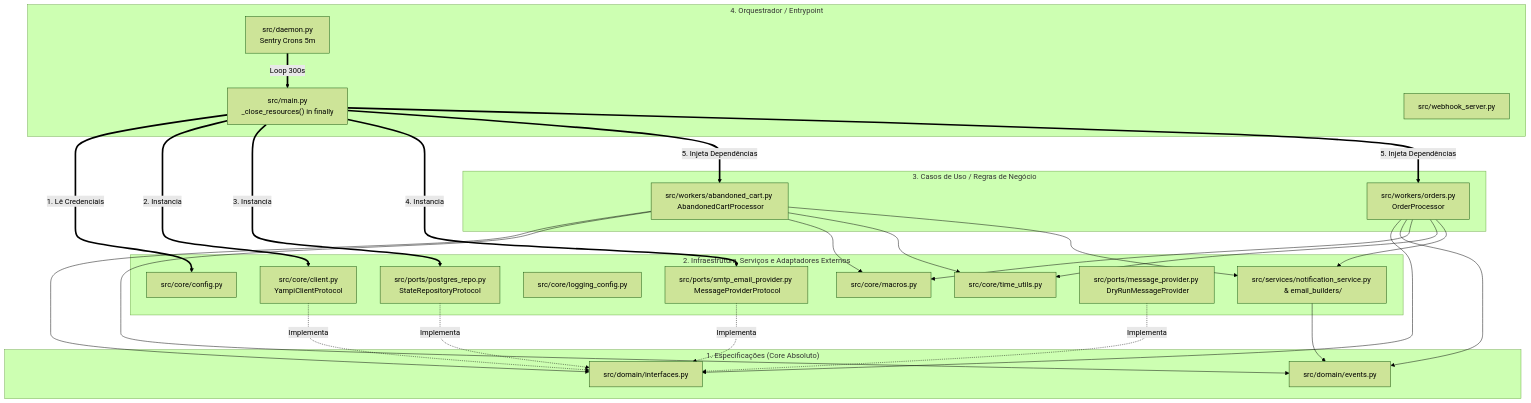
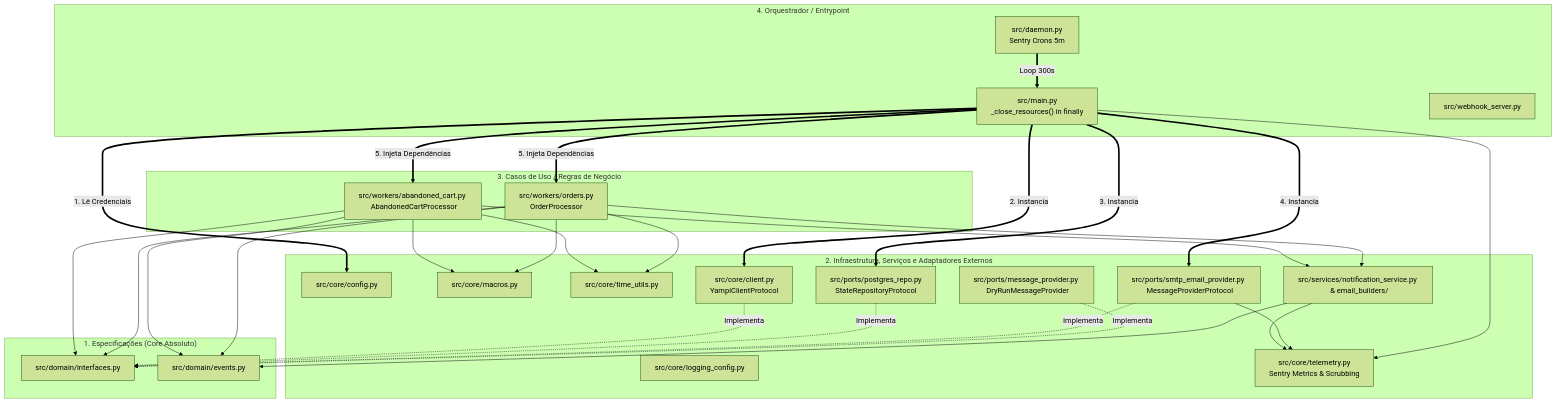
The diagram in docs/project_dependency_tree.md (LucasDuarte026/message_integration_YAMPI), drawn with Mermaid (forest theme) before and after one commit. The commit also changed other lines of this file and 90 other files, not shown here.

First line of the commit message:
feat(email,telemetry): entregabilidade RFC, roteamento dual SMTP e telemetria Sentry v6.7.0

````diff
--- a/docs/project_dependency_tree.md
+++ b/docs/project_dependency_tree.md
@@ -7,61 +7,65 @@
 ```mermaid
 graph TD
     %% Centro do Sistema (Sem Dependências)
     subgraph DOMAIN ["1. Especificações (Core Absoluto)"]
         D_INT["src/domain/interfaces.py"]
         D_EVT["src/domain/events.py"]
     end
 
     subgraph INFRA ["2. Infraestrutura, Serviços e Adaptadores Externos"]
         C_CONF["src/core/config.py"]
         C_MACR["src/core/macros.py"]
         C_TIME["src/core/time_utils.py"]
         C_LOGS["src/core/logging_config.py"]
+        C_TELE["src/core/telemetry.py <br> Sentry Metrics & Scrubbing"]
         C_CLIE["src/core/client.py <br> YampiClientProtocol"]
         P_PG["src/ports/postgres_repo.py <br> StateRepositoryProtocol"]
         P_SMTP["src/ports/smtp_email_provider.py <br> MessageProviderProtocol"]
         P_DRY["src/ports/message_provider.py <br> DryRunMessageProvider"]
         S_NOTIF["src/services/notification_service.py <br> & email_builders/"]
     end
 
     %% Regras de Negócio (Dependem do Domain, Time e Macros)
     subgraph WORKERS ["3. Casos de Uso / Regras de Negócio"]
         W_CART["src/workers/abandoned_cart.py <br> AbandonedCartProcessor"]
         W_ORD["src/workers/orders.py <br> OrderProcessor"]
     end
 
     %% Ponto de Entrada (Conhece Tudo)
     subgraph ENTRY ["4. Orquestrador / Entrypoint"]
         M_DAEMON["src/daemon.py <br> Sentry Crons 5m"]
         M_MAIN["src/main.py <br> _close_resources() in finally"]
         M_WEB["src/webhook_server.py"]
     end
 
     %% Relações de Dependência
     C_CLIE -. Implementa .-> D_INT
     P_PG -. Implementa .-> D_INT
     P_SMTP -. Implementa .-> D_INT
     P_DRY -. Implementa .-> D_INT
     
     W_CART --> D_INT
     W_ORD --> D_INT
     W_CART --> D_EVT
     W_ORD --> D_EVT
     W_CART --> C_MACR
     W_ORD --> C_MACR
     W_CART --> C_TIME
     W_ORD --> C_TIME
     W_CART --> S_NOTIF
     W_ORD --> S_NOTIF
     S_NOTIF --> D_EVT
+    S_NOTIF --> C_TELE
+    P_SMTP --> C_TELE
+    M_MAIN --> C_TELE
 
     %% Injeção de Dependências feita pelo Main
     M_DAEMON ==>|Loop 300s| M_MAIN
     M_MAIN ==>|1. Lê Credenciais| C_CONF
     M_MAIN ==>|2. Instancia| C_CLIE
     M_MAIN ==>|3. Instancia| P_PG
     M_MAIN ==>|4. Instancia| P_SMTP
     
     M_MAIN ==>|5. Injeta Dependências| W_CART
     M_MAIN ==>|5. Injeta Dependências| W_ORD
 ```
````
